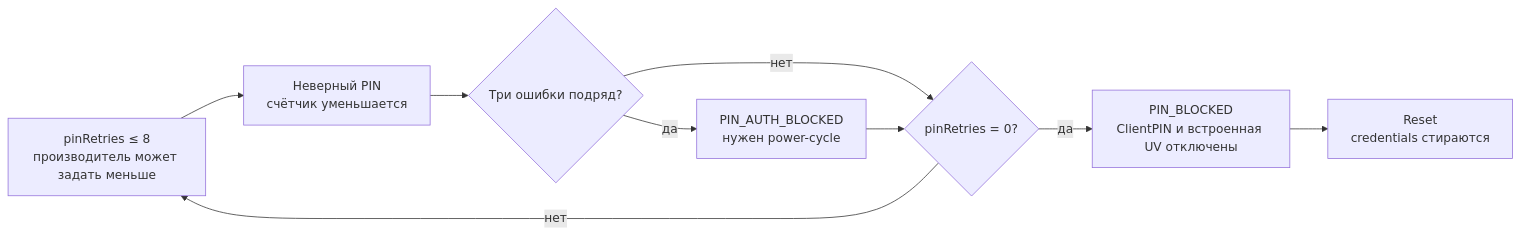
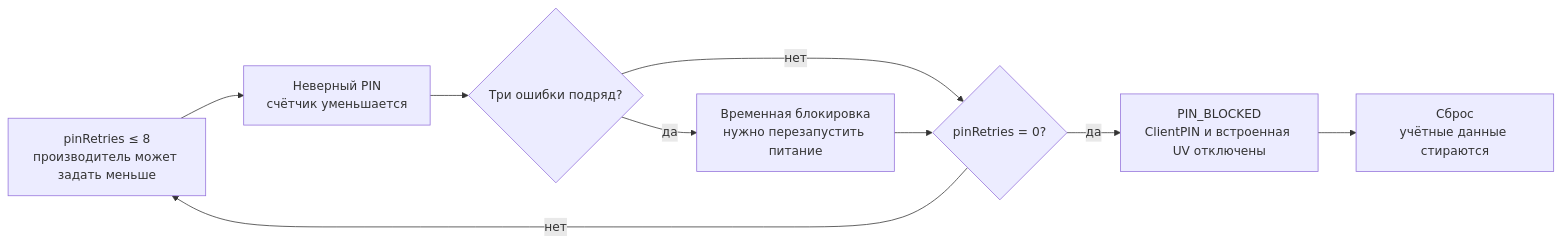
One commit to zapret-discordyoutube/todo changed the fourth of 4 diagrams in FIDO/ctap.md. Above: the diagram before and after it, drawn with Mermaid. The commit also changed other lines of this file and 8 other files, not shown here.

````diff
--- a/FIDO/ctap.md
+++ b/FIDO/ctap.md
@@ -140,11 +182,11 @@
 ```mermaid
 flowchart LR
     Start["pinRetries ≤ 8<br>производитель может задать меньше"] --> Wrong["Неверный PIN<br>счётчик уменьшается"]
     Wrong --> Three{"Три ошибки подряд?"}
-    Three -->|"да"| Cycle["PIN_AUTH_BLOCKED<br>нужен power-cycle"]
+    Three -->|"да"| Cycle["Временная блокировка<br>нужно перезапустить питание"]
     Three -->|"нет"| Zero{"pinRetries = 0?"}
     Cycle --> Zero
     Zero -->|"нет"| Start
     Zero -->|"да"| Blocked["PIN_BLOCKED<br>ClientPIN и встроенная UV отключены"]
-    Blocked --> Reset["Reset<br>credentials стираются"]
+    Blocked --> Reset["Сброс<br>учётные данные стираются"]
 ```
````
